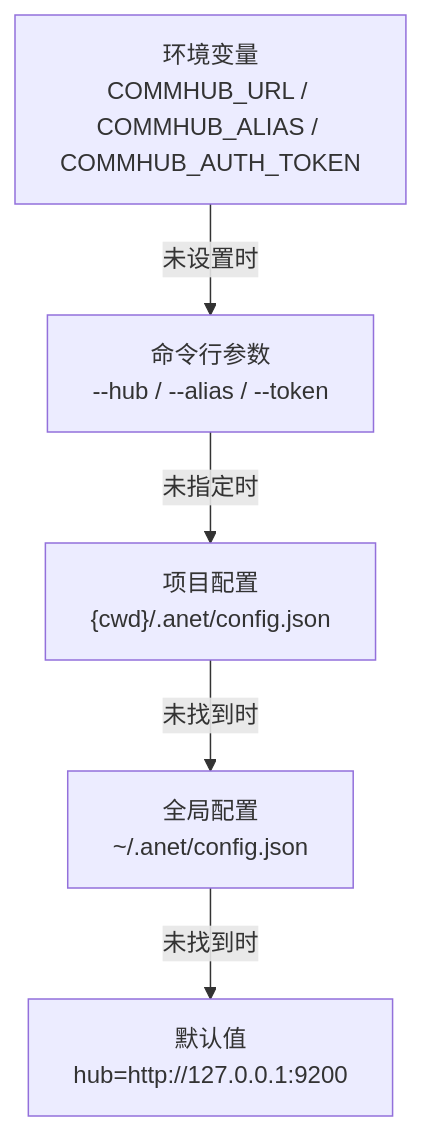
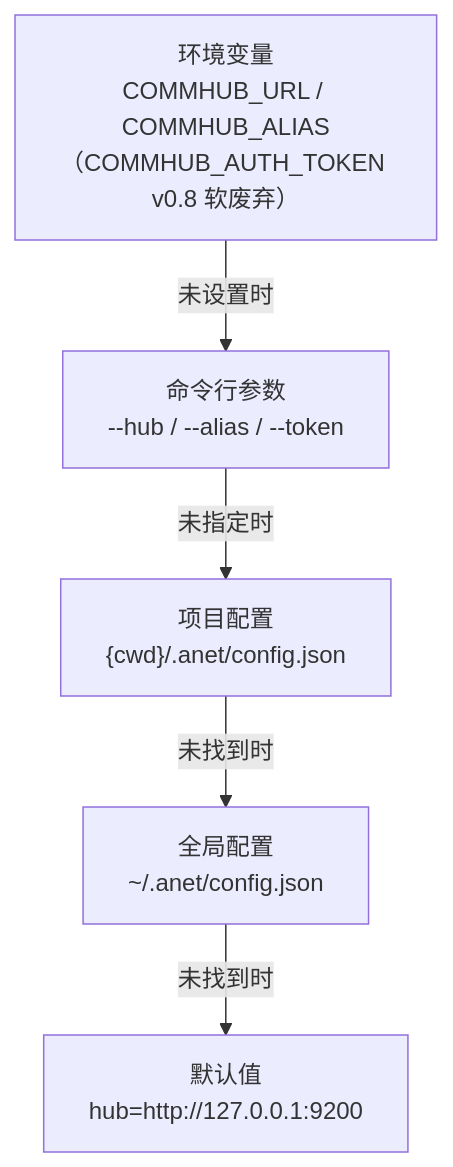
One commit to sleep2agi/agent-network changed the seventh of 7 diagrams in docs-site/docs/guide/architecture.md. Above: the diagram before and after it, drawn with Mermaid. The commit also changed 23 other files, not shown here.

Commit message:
docs(v0.8.1): full P1/P2 sweep — past-tense the v0.6/v0.7 promises now shipped, refresh stale version refs, RFC-001 deprecate now done not proposed, debug examples drop COMMHUB_AUTH_TOKEN

````diff
--- a/docs-site/docs/guide/architecture.md
+++ b/docs-site/docs/guide/architecture.md
@@ -352,13 +352,13 @@
 ```mermaid
 flowchart TD
-    A["环境变量\nCOMMHUB_URL / COMMHUB_ALIAS / COMMHUB_AUTH_TOKEN"]
+    A["环境变量\nCOMMHUB_URL / COMMHUB_ALIAS（COMMHUB_AUTH_TOKEN v0.8 软废弃）"]
     B["命令行参数\n--hub / --alias / --token"]
     C["项目配置\n{cwd}/.anet/config.json"]
     D["全局配置\n~/.anet/config.json"]
     E["默认值\nhub=http://127.0.0.1:9200"]
 
     A -->|未设置时| B
     B -->|未指定时| C
     C -->|未找到时| D
     D -->|未找到时| E
 ```
````
